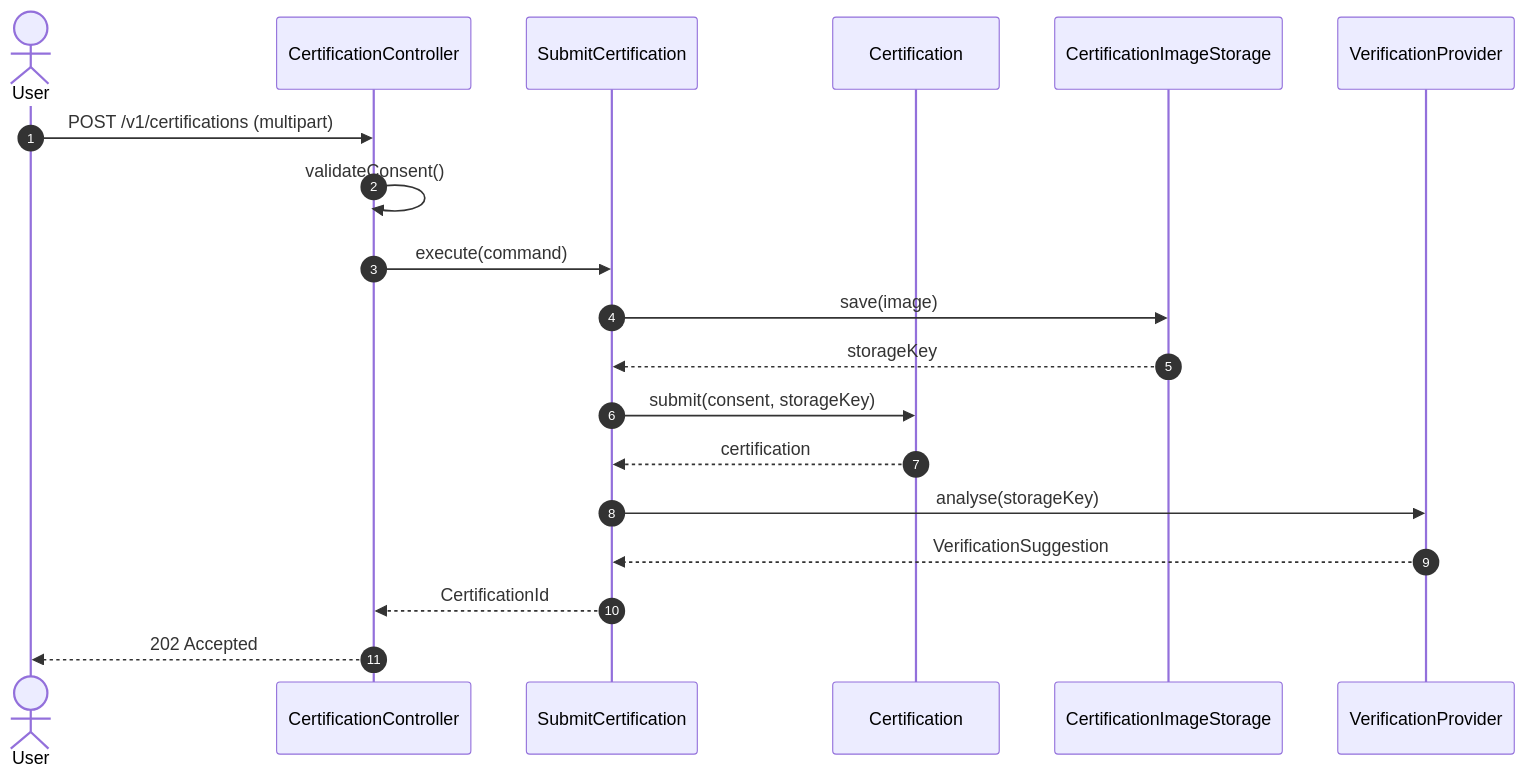
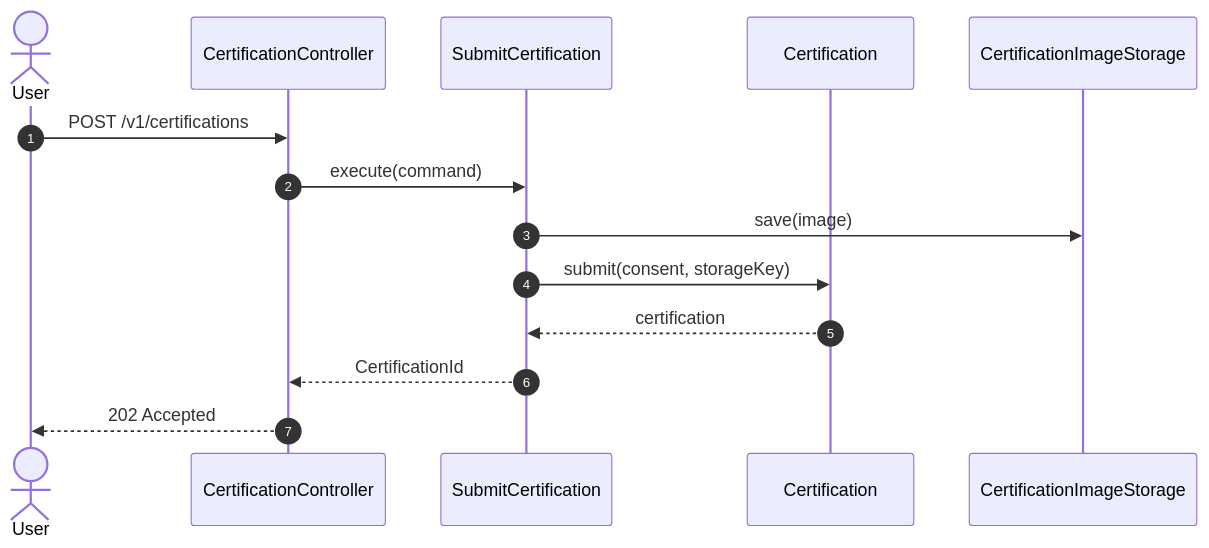
One commit to Losers-Lab/tahirs-list changed the seventh of 11 diagrams in docs/process/feature-workflow.md. Above: the diagram before and after it, drawn with Mermaid. The commit also changed other lines of this file and 1 other file, not shown here.

Commit message:
docs: Make feature workflow diagram-first

````diff
--- a/docs/process/feature-workflow.md
+++ b/docs/process/feature-workflow.md
@@ -793,21 +229,16 @@
 ```mermaid
 sequenceDiagram
   autonumber
   actor U as User
   participant C as CertificationController
   participant A as SubmitCertification
   participant D as Certification
   participant P as CertificationImageStorage
-  participant V as VerificationProvider
-  U->>C: POST /v1/certifications (multipart)
-  C->>C: validateConsent()
+  U->>C: POST /v1/certifications
   C->>A: execute(command)
   A->>P: save(image)
-  P-->>A: storageKey
   A->>D: submit(consent, storageKey)
   D-->>A: certification
-  A->>V: analyse(storageKey)
-  V-->>A: VerificationSuggestion
   A-->>C: CertificationId
   C-->>U: 202 Accepted
 ```
````
